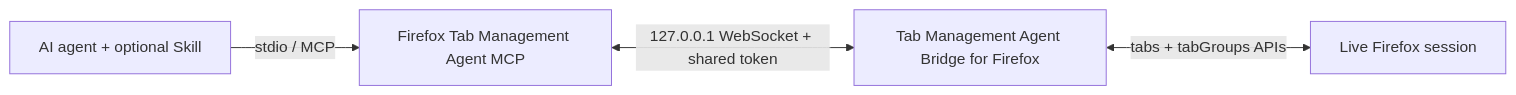
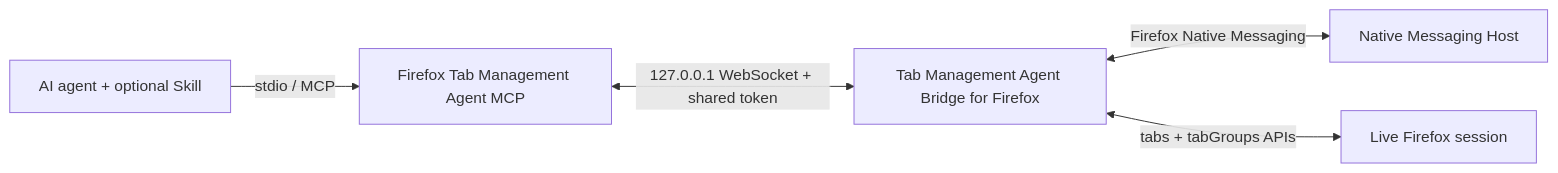
Before and after one commit to Johnnyzlee/agent-bridge-for-tab-management-in-firefox: the diagram in README.md, drawn with Mermaid. The commit also changed other lines of this file and 33 other files, not shown here.

First line of the commit message:
feat: v0.4.0 automatic pairing via Native Messaging

````diff
--- a/README.md
+++ b/README.md
@@ -132,6 +171,7 @@
 ```mermaid
 flowchart LR
     A["AI agent + optional Skill"] -->|"stdio / MCP"| B["Firefox Tab Management Agent MCP"]
     B <-->|"127.0.0.1 WebSocket + shared token"| C["Tab Management Agent Bridge for Firefox"]
+    C <-->|"Firefox Native Messaging"| E["Native Messaging Host"]
     C <-->|"tabs + tabGroups APIs"| D["Live Firefox session"]
 ```
````
